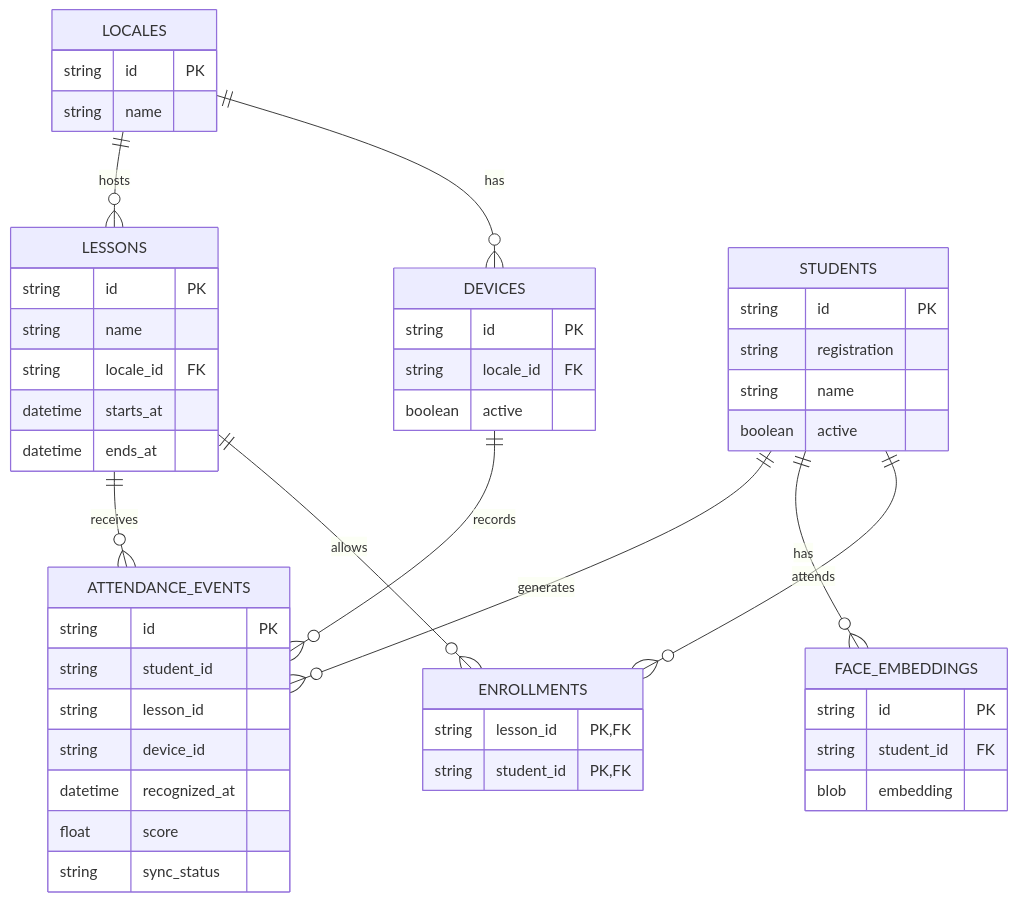
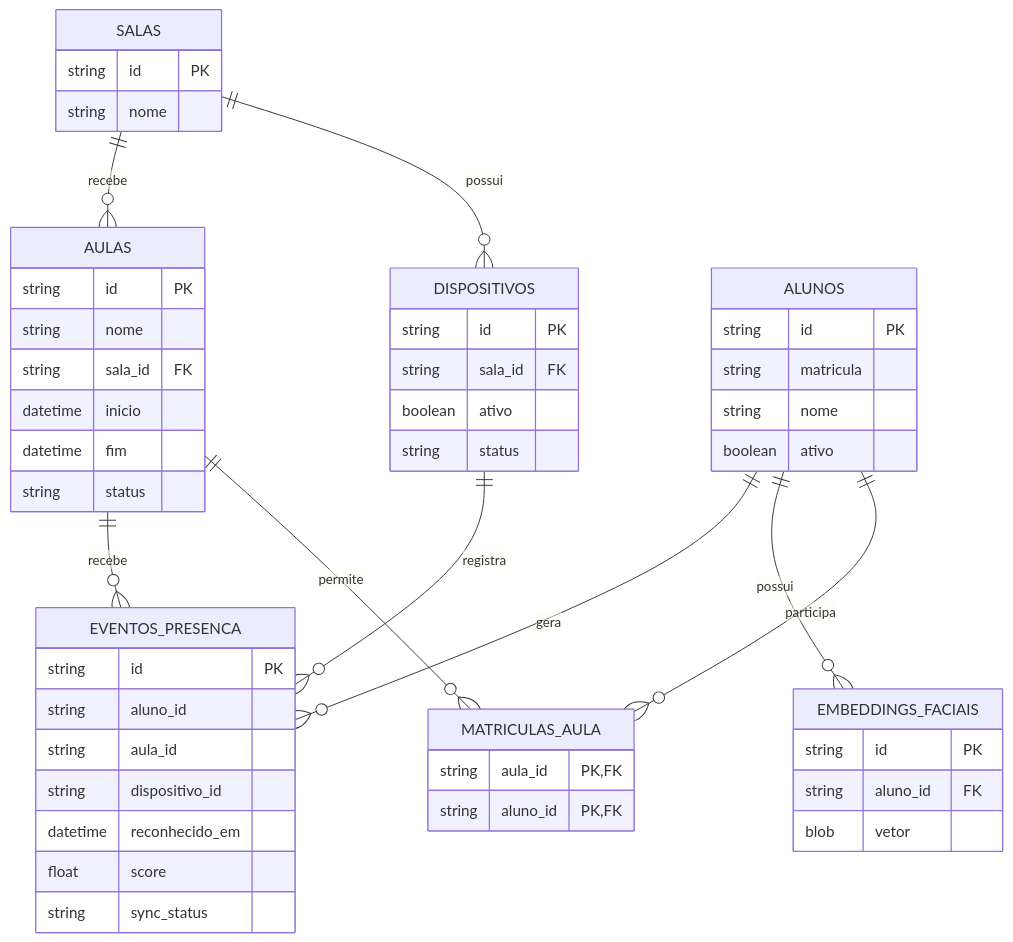
One commit to DanielKGM/autoponto-edgenode changed the second of 4 diagrams in README.md. Above: the diagram before and after it, drawn with Mermaid. The commit also changed other lines of this file and 14 other files, not shown here.

````diff
--- a/README.md
+++ b/README.md
@@ -61,52 +54,54 @@
 ```mermaid
 erDiagram
-  LOCALES ||--o{ DEVICES : has
-  LOCALES ||--o{ LESSONS : hosts
-  LESSONS ||--o{ ENROLLMENTS : allows
-  STUDENTS ||--o{ ENROLLMENTS : attends
-  STUDENTS ||--o{ FACE_EMBEDDINGS : has
-  STUDENTS ||--o{ ATTENDANCE_EVENTS : generates
-  LESSONS ||--o{ ATTENDANCE_EVENTS : receives
-  DEVICES ||--o{ ATTENDANCE_EVENTS : records
+  SALAS ||--o{ DISPOSITIVOS : possui
+  SALAS ||--o{ AULAS : recebe
+  AULAS ||--o{ MATRICULAS_AULA : permite
+  ALUNOS ||--o{ MATRICULAS_AULA : participa
+  ALUNOS ||--o{ EMBEDDINGS_FACIAIS : possui
+  ALUNOS ||--o{ EVENTOS_PRESENCA : gera
+  AULAS ||--o{ EVENTOS_PRESENCA : recebe
+  DISPOSITIVOS ||--o{ EVENTOS_PRESENCA : registra
 
-  LOCALES {
+  SALAS {
     string id PK
-    string name
+    string nome
   }
-  DEVICES {
+  DISPOSITIVOS {
     string id PK
-    string locale_id FK
-    boolean active
+    string sala_id FK
+    boolean ativo
+    string status
   }
-  LESSONS {
+  AULAS {
     string id PK
-    string name
-    string locale_id FK
-    datetime starts_at
-    datetime ends_at
+    string nome
+    string sala_id FK
+    datetime inicio
+    datetime fim
+    string status
   }
-  STUDENTS {
+  ALUNOS {
     string id PK
-    string registration
-    string name
-    boolean active
+    string matricula
+    string nome
+    boolean ativo
   }
-  ENROLLMENTS {
-    string lesson_id PK,FK
-    string student_id PK,FK
+  MATRICULAS_AULA {
+    string aula_id PK,FK
+    string aluno_id PK,FK
   }
-  FACE_EMBEDDINGS {
+  EMBEDDINGS_FACIAIS {
     string id PK
-    string student_id FK
-    blob embedding
+    string aluno_id FK
+    blob vetor
   }
-  ATTENDANCE_EVENTS {
+  EVENTOS_PRESENCA {
     string id PK
-    string student_id
-    string lesson_id
-    string device_id
-    datetime recognized_at
+    string aluno_id
+    string aula_id
+    string dispositivo_id
+    datetime reconhecido_em
     float score
     string sync_status
   }
 ```
````
